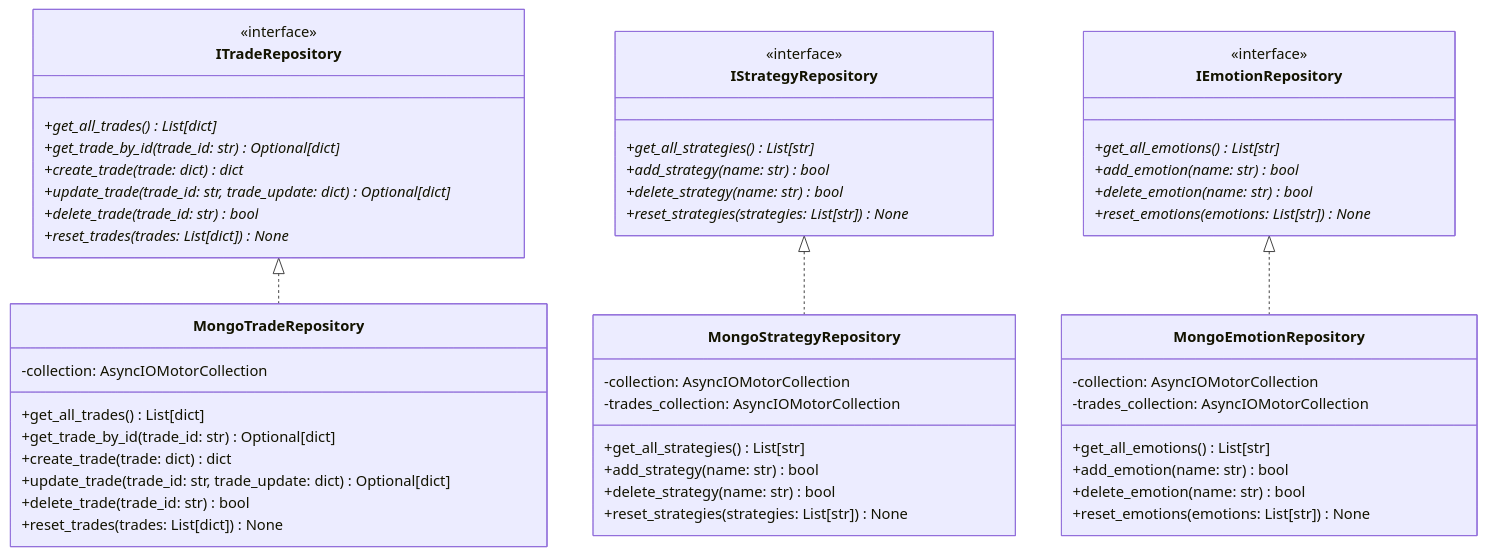
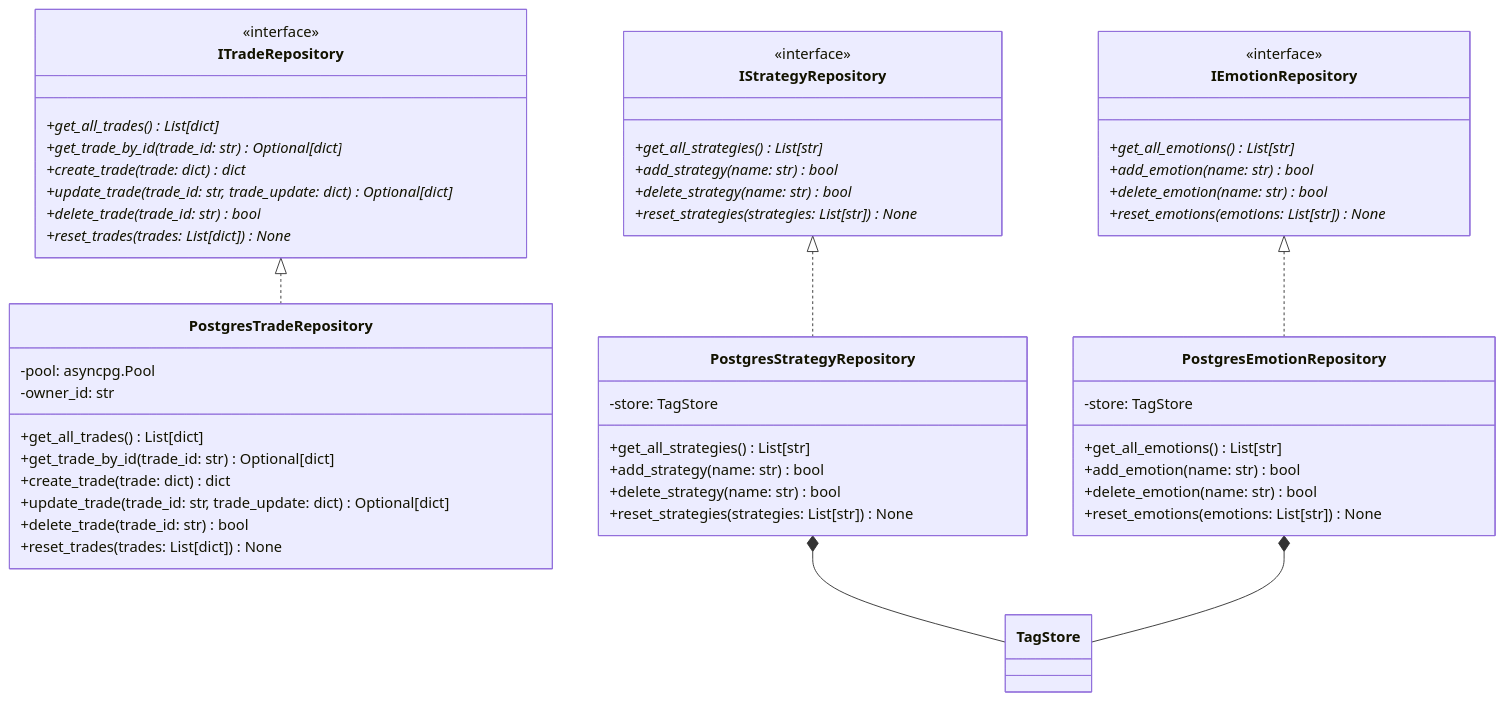
Before and after one commit to rachit-suresh/stock-journal: the sixth of 7 diagrams in docs/architecture.md, drawn with Mermaid. The commit also changed other lines of this file and 5 other files, not shown here.

First line of the commit message:
docs: bring the v1.5 architecture, knowledge map, deployment guide and decision log up to date

````diff
--- a/docs/architecture.md
+++ b/docs/architecture.md
@@ -159,60 +160,61 @@
 ```mermaid
 classDiagram
     class ITradeRepository {
         <<interface>>
         +get_all_trades() List[dict]*
         +get_trade_by_id(trade_id: str) Optional[dict]*
         +create_trade(trade: dict) dict*
         +update_trade(trade_id: str, trade_update: dict) Optional[dict]*
         +delete_trade(trade_id: str) bool*
         +reset_trades(trades: List[dict]) None*
     }
 
     class IStrategyRepository {
         <<interface>>
         +get_all_strategies() List[str]*
         +add_strategy(name: str) bool*
         +delete_strategy(name: str) bool*
         +reset_strategies(strategies: List[str]) None*
     }
 
     class IEmotionRepository {
         <<interface>>
         +get_all_emotions() List[str]*
         +add_emotion(name: str) bool*
         +delete_emotion(name: str) bool*
         +reset_emotions(emotions: List[str]) None*
     }
 
-    class MongoTradeRepository {
-        -collection: AsyncIOMotorCollection
+    class PostgresTradeRepository {
+        -pool: asyncpg.Pool
+        -owner_id: str
         +get_all_trades() List[dict]
         +get_trade_by_id(trade_id: str) Optional[dict]
         +create_trade(trade: dict) dict
         +update_trade(trade_id: str, trade_update: dict) Optional[dict]
         +delete_trade(trade_id: str) bool
         +reset_trades(trades: List[dict]) None
     }
 
-    class MongoStrategyRepository {
-        -collection: AsyncIOMotorCollection
-        -trades_collection: AsyncIOMotorCollection
+    class PostgresStrategyRepository {
+        -store: TagStore
         +get_all_strategies() List[str]
         +add_strategy(name: str) bool
         +delete_strategy(name: str) bool
         +reset_strategies(strategies: List[str]) None
     }
 
-    class MongoEmotionRepository {
-        -collection: AsyncIOMotorCollection
-        -trades_collection: AsyncIOMotorCollection
+    class PostgresEmotionRepository {
+        -store: TagStore
         +get_all_emotions() List[str]
         +add_emotion(name: str) bool
         +delete_emotion(name: str) bool
         +reset_emotions(emotions: List[str]) None
     }
 
-    ITradeRepository <|.. MongoTradeRepository
-    IStrategyRepository <|.. MongoStrategyRepository
-    IEmotionRepository <|.. MongoEmotionRepository
+    ITradeRepository <|.. PostgresTradeRepository
+    IStrategyRepository <|.. PostgresStrategyRepository
+    IEmotionRepository <|.. PostgresEmotionRepository
+    PostgresStrategyRepository *-- TagStore
+    PostgresEmotionRepository *-- TagStore
 ```
````
